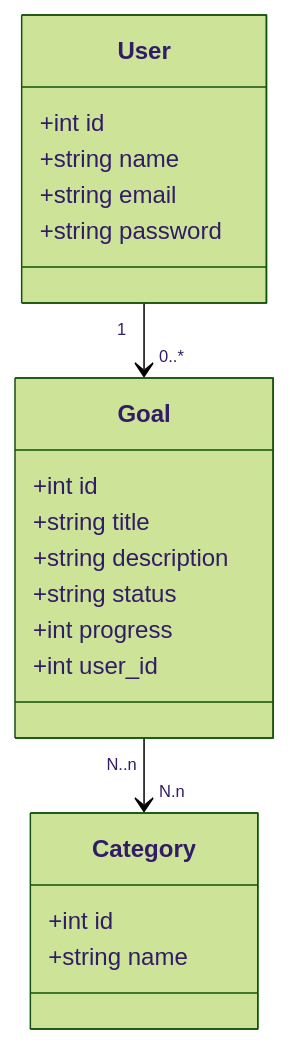
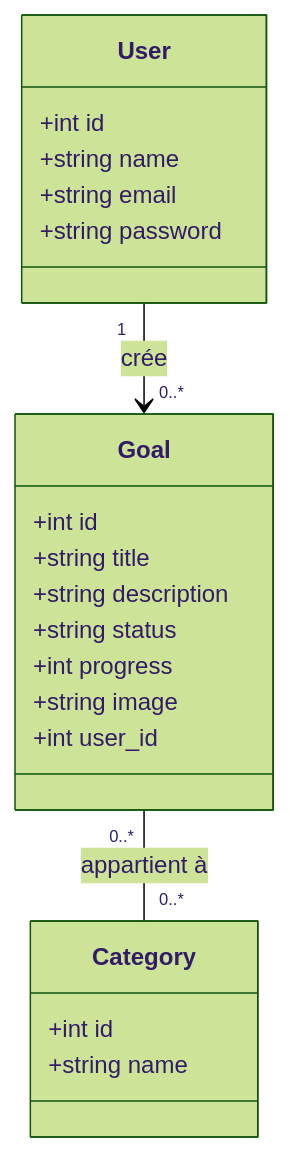
Before and after one commit to abdelhaymallouli/Goals-Tracker: the diagram in imgs/Diagram de Class.mmd, drawn with Mermaid (forest theme). The commit also changed 2 other files, not shown here.

```diff
--- a/imgs/Diagram de Class.mmd
+++ b/imgs/Diagram de Class.mmd
@@ -1,27 +1,27 @@
 classDiagram
     class User {
         +int id
         +string name
         +string email
         +string password
     }
 
     class Goal {
         +int id
         +string title
         +string description
         +string status
         +int progress
+        +string image
         +int user_id
     }
 
     class Category {
         +int id
         +string name
     }
 
 
 
-    %% Relations
-    User "1" --> "0..*" Goal : 
-    Goal "N..n" --> "N.n" Category :  
+    User "1" --> "0..*" Goal : crée
+    Goal "0..*" -- "0..*" Category : appartient à
```
